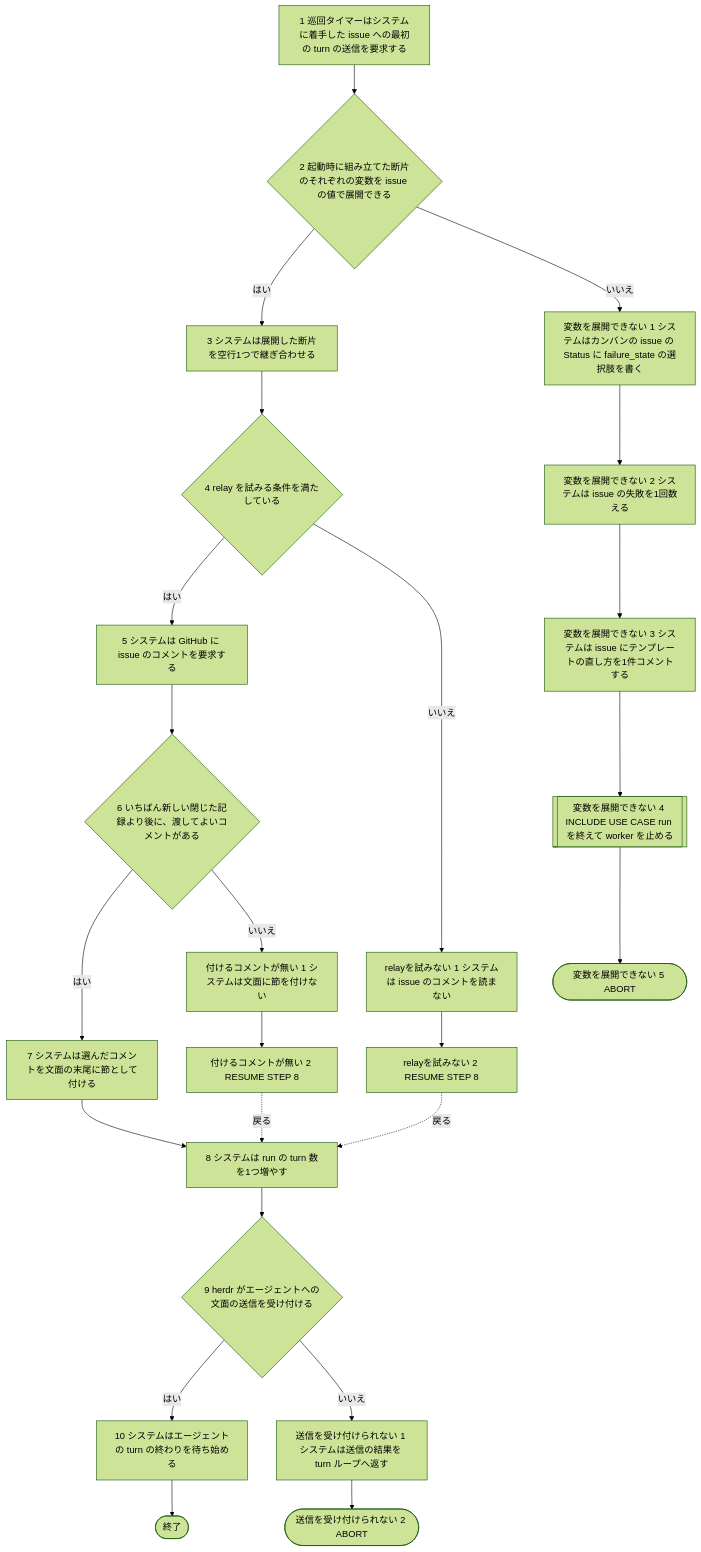
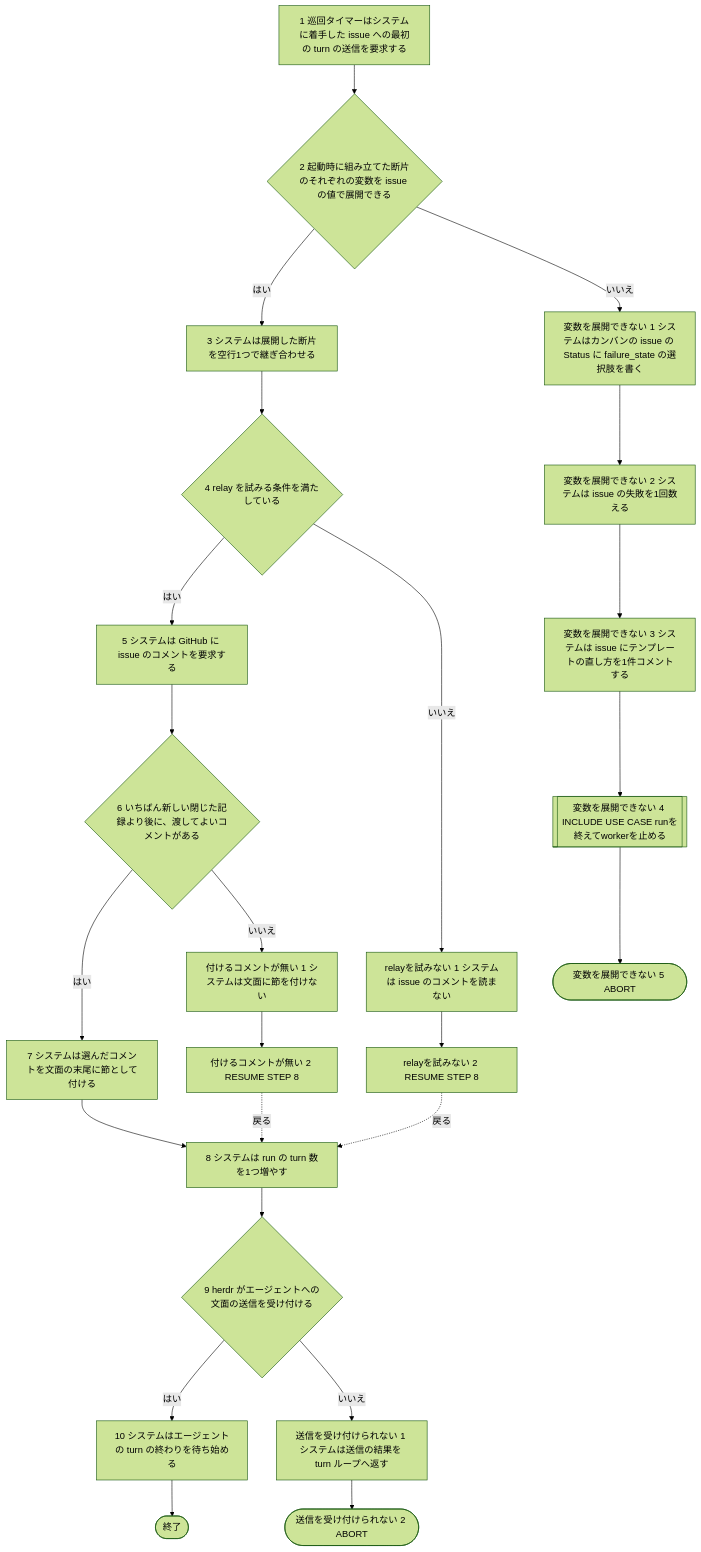
The second of 2 diagrams in docs/spec/usecases/particular_case/指示書の文面を組み立てて送る.rucm.md (maimuzo/continuo), drawn with Mermaid (forest theme) before and after one commit. The commit also changed other lines of this file and 220 other files, not shown here.

````diff
--- a/docs/spec/usecases/particular_case/指示書の文面を組み立てて送る.rucm.md
+++ b/docs/spec/usecases/particular_case/指示書の文面を組み立てて送る.rucm.md
@@ -183,47 +183,47 @@
 ```mermaid
 flowchart TD
     BS1["1 巡回タイマーはシステムに着手した issue への最初の turn の送信を要求する"]
     BS2{"2 起動時に組み立てた断片のそれぞれの変数を issue の値で展開できる"}
     BS3["3 システムは展開した断片を空行1つで継ぎ合わせる"]
     BS4{"4 relay を試みる条件を満たしている"}
     BS5["5 システムは GitHub に issue のコメントを要求する"]
     BS6{"6 いちばん新しい閉じた記録より後に、渡してよいコメントがある"}
     BS7["7 システムは選んだコメントを文面の末尾に節として付ける"]
     BS8["8 システムは run の turn 数を1つ増やす"]
     BS9{"9 herdr がエージェントへの文面の送信を受け付ける"}
     BS10["10 システムはエージェントの turn の終わりを待ち始める"]
     A1S1["変数を展開できない 1 システムはカンバンの issue の Status に failure_state の選択肢を書く"]
     A1S2["変数を展開できない 2 システムは issue の失敗を1回数える"]
     A1S3["変数を展開できない 3 システムは issue にテンプレートの直し方を1件コメントする"]
-    A1S4[["変数を展開できない 4 INCLUDE USE CASE run を終えて worker を止める"]]
+    A1S4[["変数を展開できない 4 INCLUDE USE CASE runを終えてworkerを止める"]]
     A1S5(["変数を展開できない 5 ABORT"])
     A2S1["relayを試みない 1 システムは issue のコメントを読まない"]
     A2S2["relayを試みない 2 RESUME STEP 8"]
     A3S1["付けるコメントが無い 1 システムは文面に節を付けない"]
     A3S2["付けるコメントが無い 2 RESUME STEP 8"]
     A4S1["送信を受け付けられない 1 システムは送信の結果を turn ループへ返す"]
     A4S2(["送信を受け付けられない 2 ABORT"])
     BS1 --> BS2
     BS2 -- はい --> BS3
     BS2 -- いいえ --> A1S1
     BS3 --> BS4
     BS4 -- はい --> BS5
     BS4 -- いいえ --> A2S1
     BS5 --> BS6
     BS6 -- はい --> BS7
     BS6 -- いいえ --> A3S1
     BS7 --> BS8
     BS8 --> BS9
     BS9 -- はい --> BS10
     BS9 -- いいえ --> A4S1
     A1S1 --> A1S2
     A1S2 --> A1S3
     A1S3 --> A1S4
     A1S4 --> A1S5
     A2S1 --> A2S2
     A2S2 -. "戻る" .-> BS8
     A3S1 --> A3S2
     A3S2 -. "戻る" .-> BS8
     A4S1 --> A4S2
     BS10 --> END(["終了"])
 ```
````
